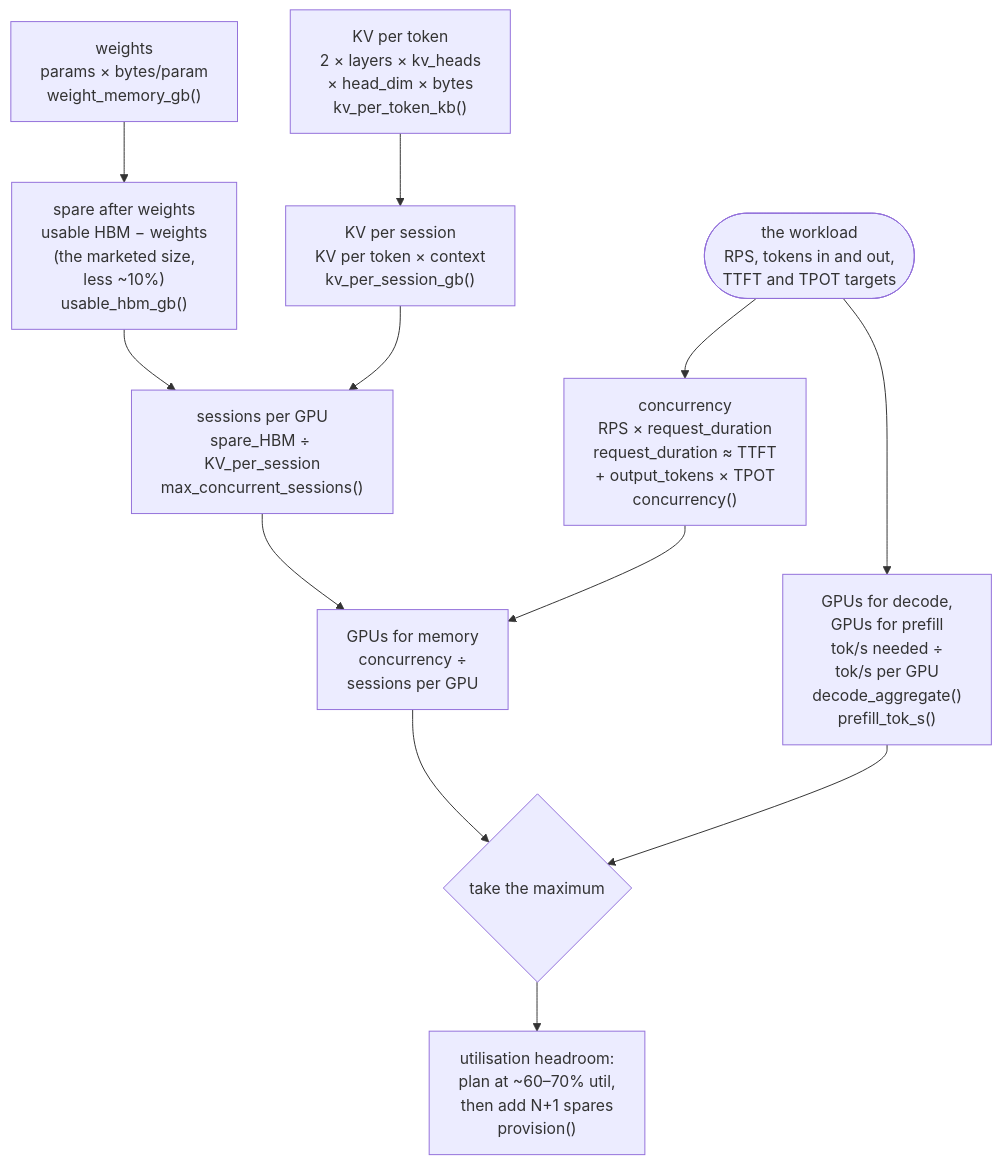
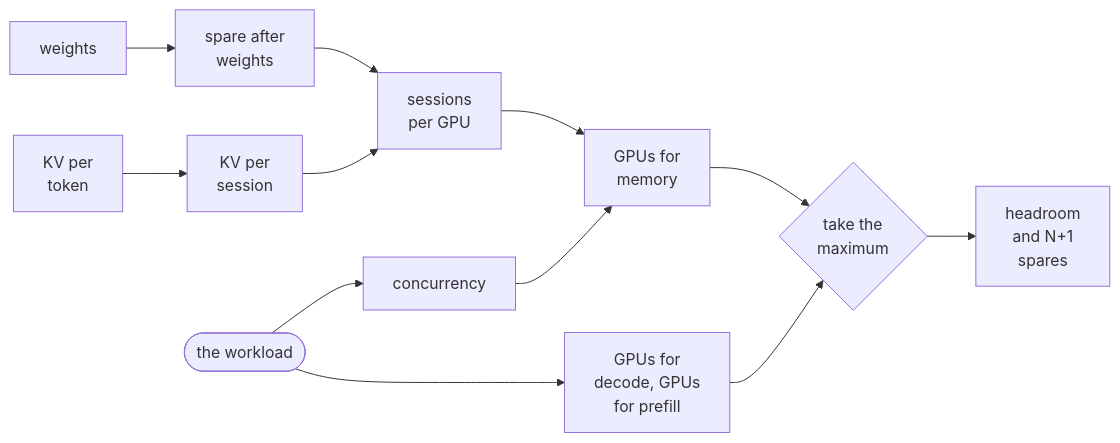
One commit to aniryou/full-stack-agentic-engineer changed the diagram in 00-foundations/gpu-capacity-planning/PRIMER.md. Above: the diagram before and after it, drawn with Mermaid. The commit also changed 8 other files, not shown here.

````diff
--- a/00-foundations/gpu-capacity-planning/PRIMER.md
+++ b/00-foundations/gpu-capacity-planning/PRIMER.md
@@ -112,25 +112,25 @@
 ```mermaid
-flowchart TB
-  P["weights<br/>params × bytes/param<br/>weight_memory_gb()"]
-  K["KV per token<br/>2 × layers × kv_heads<br/>× head_dim × bytes<br/>kv_per_token_kb()"]
-  W(["the workload<br/>RPS, tokens in and out,<br/>TTFT and TPOT targets"])
-  S["spare after weights<br/>usable HBM − weights<br/>(the marketed size,<br/>less ~10%)<br/>usable_hbm_gb()"]
-  C["KV per session<br/>KV per token × context<br/>kv_per_session_gb()"]
-  L["concurrency<br/>RPS × request_duration<br/>request_duration ≈ TTFT<br/>+ output_tokens × TPOT<br/>concurrency()"]
-  N["sessions per GPU<br/>spare_HBM ÷ KV_per_session<br/>max_concurrent_sessions()"]
-  T["GPUs for decode,<br/>GPUs for prefill<br/>tok/s needed ÷<br/>tok/s per GPU<br/>decode_aggregate()<br/>prefill_tok_s()"]
-  M["GPUs for memory<br/>concurrency ÷<br/>sessions per GPU"]
-  X{"take the maximum"}
-  R["utilisation headroom:<br/>plan at ~60–70% util,<br/>then add N+1 spares<br/>provision()"]
+flowchart LR
+  P["weights"]
+  K["KV per<br/>token"]
+  W(["the workload"])
+  S["spare after<br/>weights"]
+  C["KV per<br/>session"]
+  L["concurrency"]
+  N["sessions<br/>per GPU"]
+  T["GPUs for<br/>decode, GPUs<br/>for prefill"]
+  M["GPUs for<br/>memory"]
+  X{"take the<br/>maximum"}
+  R["headroom<br/>and N+1<br/>spares"]
   P --> S
   K --> C
   S --> N
   C --> N
   W --> L
   W --> T
   N --> M
   L --> M
   M --> X
   T --> X
   X --> R
 ```
````
